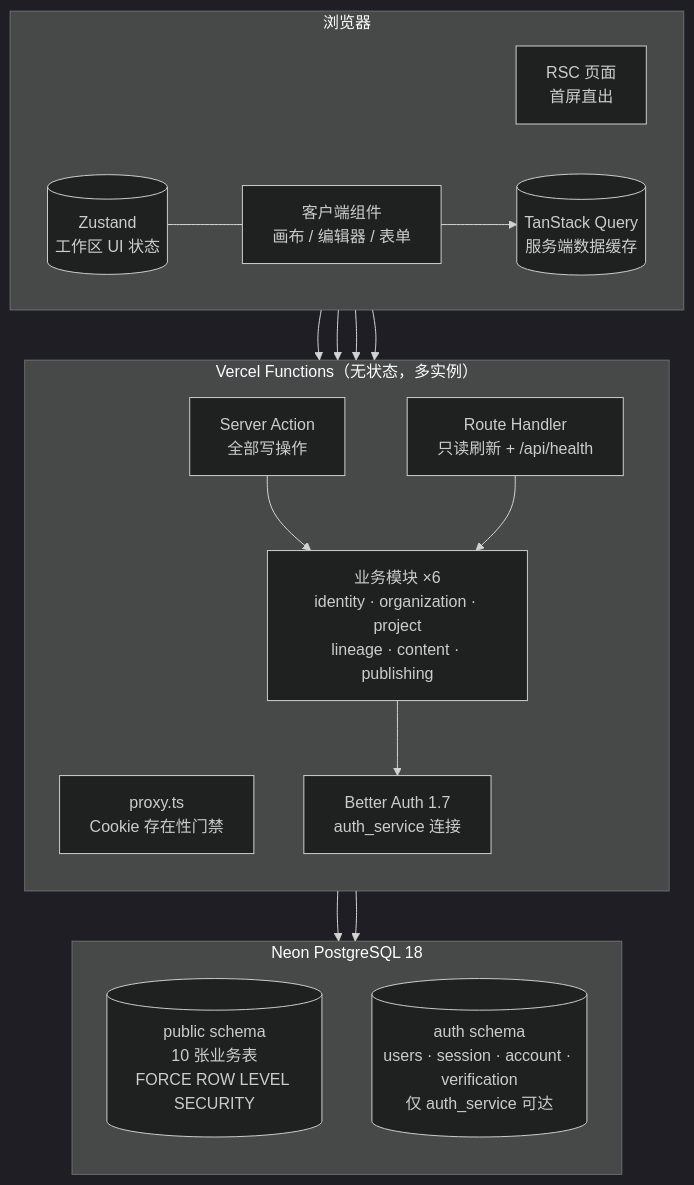
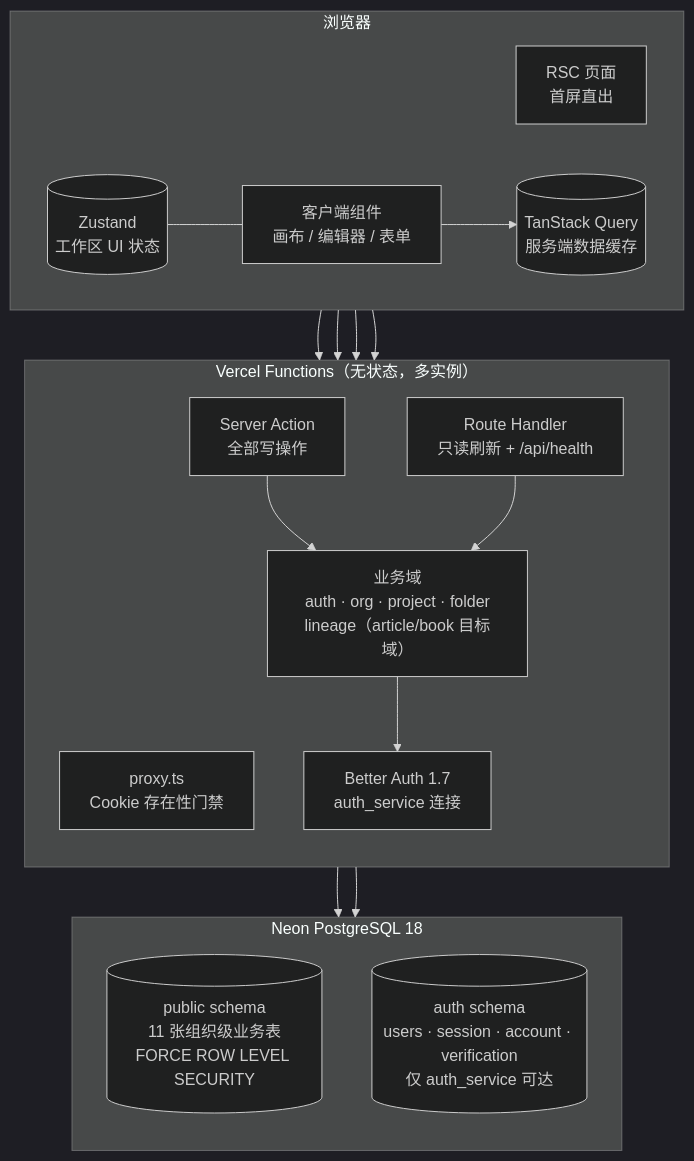
The diagram in docs/architecture/00-overview.md (bobo522487/gramps), drawn with Mermaid (dark theme) before and after one commit. The commit also changed other lines of this file and 1 other file, not shown here.

Commit message:
docs(architecture): 校正总览与部署视图

````diff
--- a/docs/architecture/00-overview.md
+++ b/docs/architecture/00-overview.md
@@ -40,37 +40,37 @@
 ```mermaid
 flowchart TB
   subgraph Browser["浏览器"]
     direction LR
     RSC["RSC 页面<br/>首屏直出"]
     CC["客户端组件<br/>画布 / 编辑器 / 表单"]
     TQ[("TanStack Query<br/>服务端数据缓存")]
     ZS[("Zustand<br/>工作区 UI 状态")]
   end
 
   subgraph Vercel["Vercel Functions（无状态，多实例）"]
     direction TB
     PX["proxy.ts<br/>Cookie 存在性门禁"]
     ACT["Server Action<br/>全部写操作"]
     RH["Route Handler<br/>只读刷新 + /api/health"]
-    MOD["业务模块 ×6<br/>identity · organization · project<br/>lineage · content · publishing"]
+    MOD["业务域<br/>auth · org · project · folder<br/>lineage（article/book 目标域）"]
     AUTHC["Better Auth 1.7<br/>auth_service 连接"]
   end
 
   subgraph Neon["Neon PostgreSQL 18"]
     direction TB
-    PUB[("public schema<br/>10 张业务表<br/>FORCE ROW LEVEL SECURITY")]
+    PUB[("public schema<br/>11 张组织级业务表<br/>FORCE ROW LEVEL SECURITY")]
     AUTHS[("auth schema<br/>users · session · account · verification<br/>仅 auth_service 可达")]
   end
 
   RSC --> PX
   CC --> TQ
   CC --> ACT
   TQ --> RH
   RSC --> MOD
   ACT --> MOD
   RH --> MOD
   MOD --> AUTHC
   MOD --> PUB
   AUTHC --> AUTHS
   ZS --- CC
 ```
````
